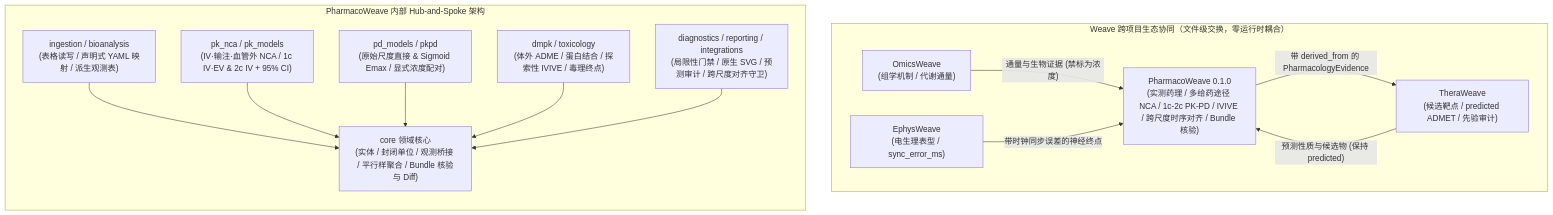
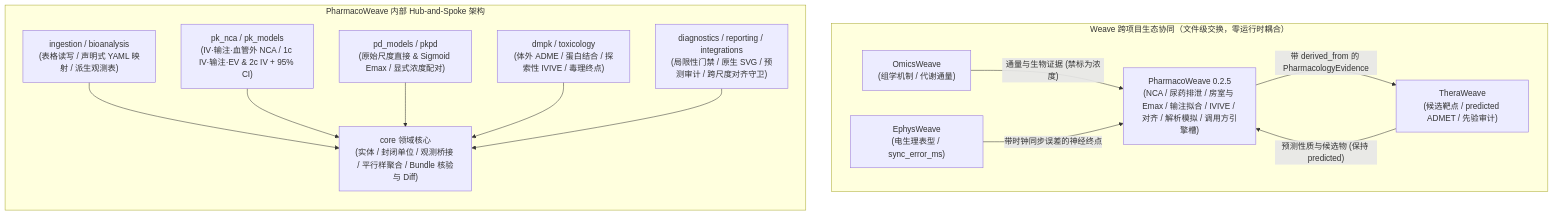
One commit to JianyunZhang/PharmacoWeave changed the first of 2 diagrams in docs/project-evaluation.md. Above: the diagram before and after it, drawn with Mermaid. The commit also changed other lines of this file and 60 other files, not shown here.

````diff
--- a/docs/project-evaluation.md
+++ b/docs/project-evaluation.md
@@ -27,23 +27,23 @@
 ```mermaid
 flowchart TB
     subgraph Ecosystem ["Weave 跨项目生态协同（文件级交换，零运行时耦合）"]
         OW["OmicsWeave<br/>(组学机制 / 代谢通量)"]
         TW["TheraWeave<br/>(候选靶点 / predicted ADMET / 先验审计)"]
         EW["EphysWeave<br/>(电生理表型 / sync_error_ms)"]
-        PW["PharmacoWeave 0.1.0<br/>(实测药理 / 多给药途径 NCA / 1c-2c PK-PD / IVIVE / 跨尺度时序对齐 / Bundle 核验)"]
+        PW["PharmacoWeave 0.2.5<br/>(NCA / 尿药排泄 / 房室与 Emax / 输注拟合 / IVIVE / 对齐 / 解析模拟 / 调用方引擎槽)"]
     end
 
     OW -->|"通量与生物证据 (禁标为浓度)"| PW
     TW -->|"预测性质与候选物 (保持 predicted)"| PW
     EW -->|"带时钟同步误差的神经终点"| PW
     PW -->|"带 derived_from 的 PharmacologyEvidence"| TW
 
     subgraph InternalArch ["PharmacoWeave 内部 Hub-and-Spoke 架构"]
         direction TB
         Ingestion["ingestion / bioanalysis<br/>(表格读写 / 声明式 YAML 映射 / 派生观测表)"] --> Core["core 领域核心<br/>(实体 / 封闭单位 / 观测桥接 / 平行样聚合 / Bundle 核验与 Diff)"]
-        PK["pk_nca / pk_models<br/>(IV·输注·血管外 NCA / 1c IV·EV & 2c IV + 95% CI)"] --> Core
+        PK["pk_nca / pk_models<br/>(IV·输注·血管外 NCA / 1c IV·输注·EV & 2c IV + 95% CI)"] --> Core
         PD["pd_models / pkpd<br/>(原始尺度直接 & Sigmoid Emax / 显式浓度配对)"] --> Core
         DMPKTox["dmpk / toxicology<br/>(体外 ADME / 蛋白结合 / 探索性 IVIVE / 毒理终点)"] --> Core
         DiagRep["diagnostics / reporting / integrations<br/>(局限性门禁 / 原生 SVG / 预测审计 / 跨尺度对齐守卫)"] --> Core
     end
 ```
````
